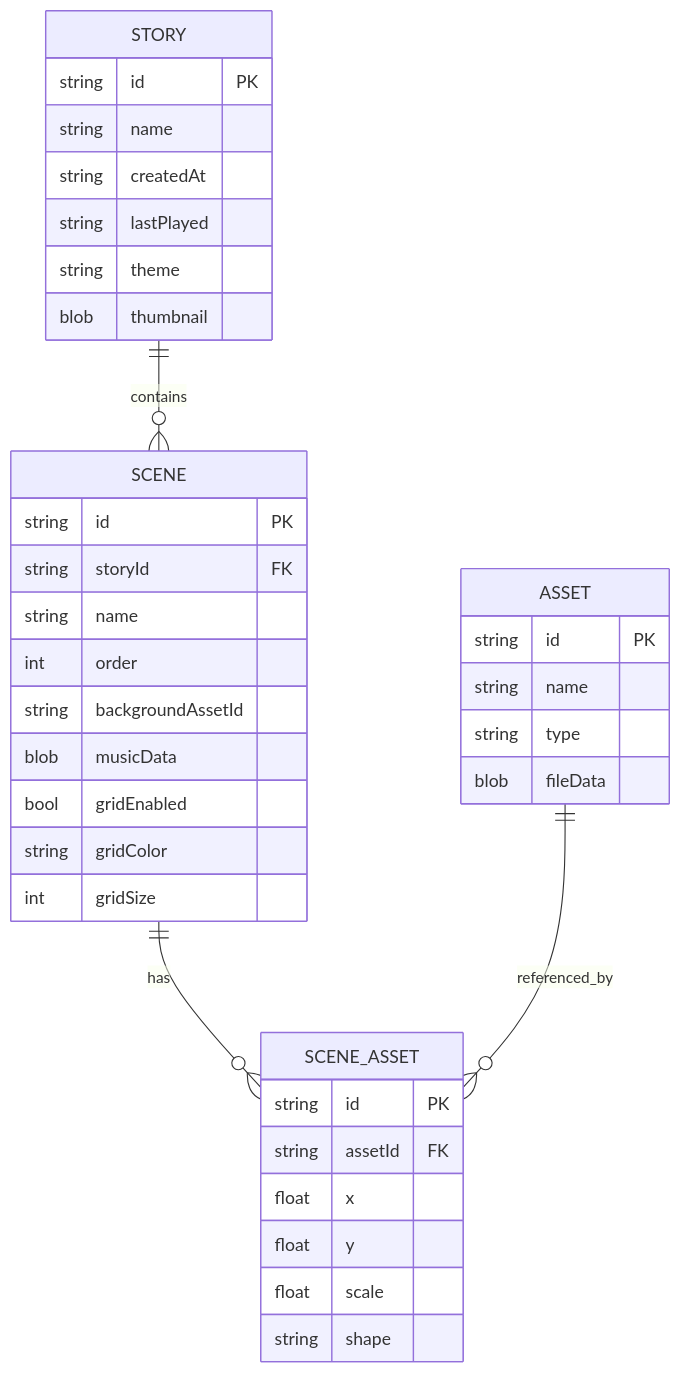
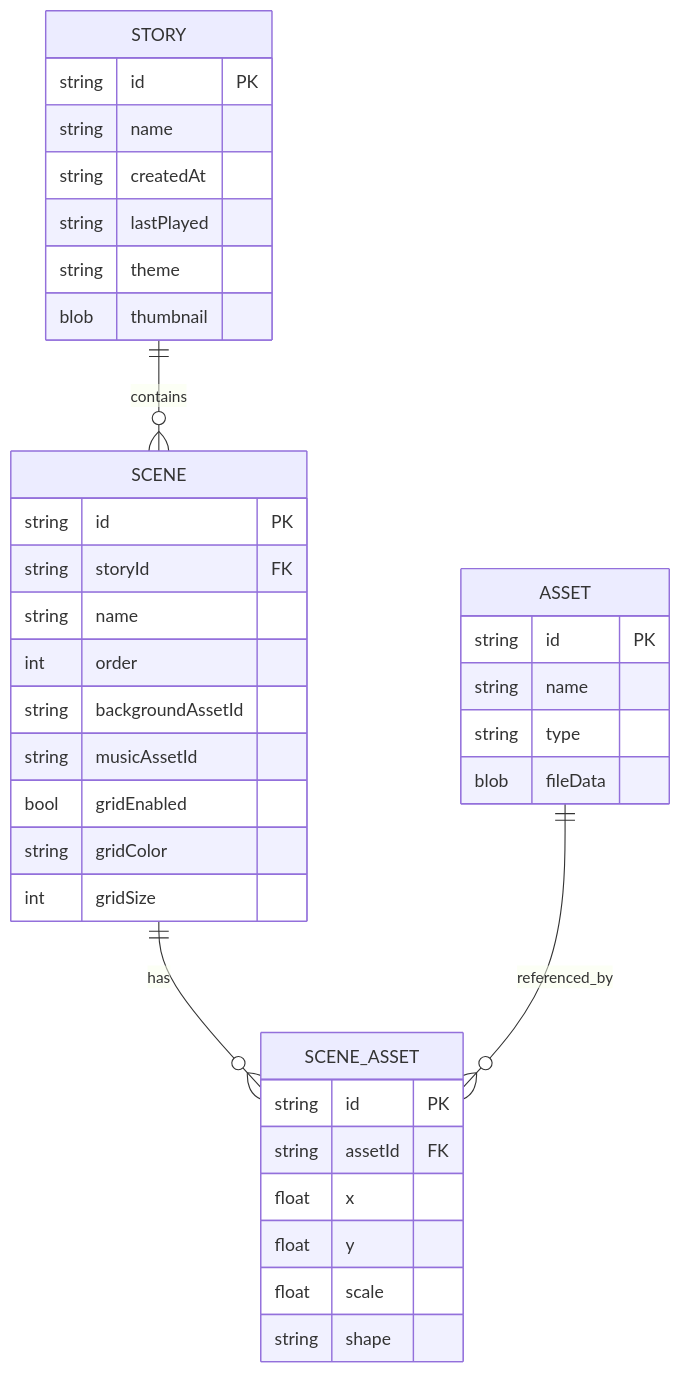
The second of 2 diagrams in README.md (pentarix1996/D-DMaker), drawn with Mermaid before and after one commit. The commit also changed other lines of this file and 1 other file, not shown here.

First line of the commit message:
docs: update features list and database diagrams

````diff
--- a/README.md
+++ b/README.md
@@ -251,43 +257,43 @@
 ```mermaid
 erDiagram
     STORY ||--o{ SCENE : contains
     SCENE ||--o{ SCENE_ASSET : has
     ASSET ||--o{ SCENE_ASSET : referenced_by
 
     STORY {
         string id PK
         string name
         string createdAt
         string lastPlayed
         string theme
         blob thumbnail
     }
 
     SCENE {
         string id PK
         string storyId FK
         string name
         int order
         string backgroundAssetId
-        blob musicData
+        string musicAssetId
         bool gridEnabled
         string gridColor
         int gridSize
     }
 
     ASSET {
         string id PK
         string name
         string type
         blob fileData
     }
 
     SCENE_ASSET {
         string id PK
         string assetId FK
         float x
         float y
         float scale
         string shape
     }
 ```
````
